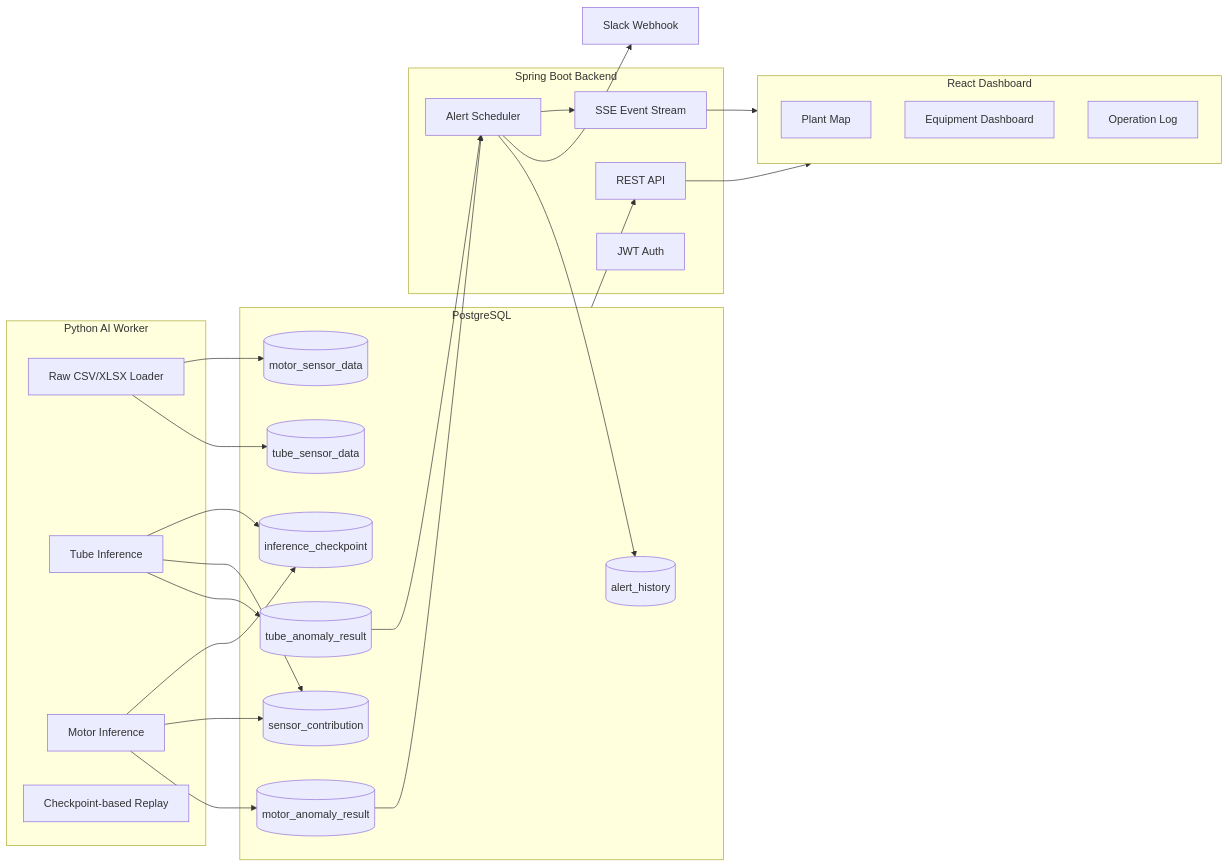
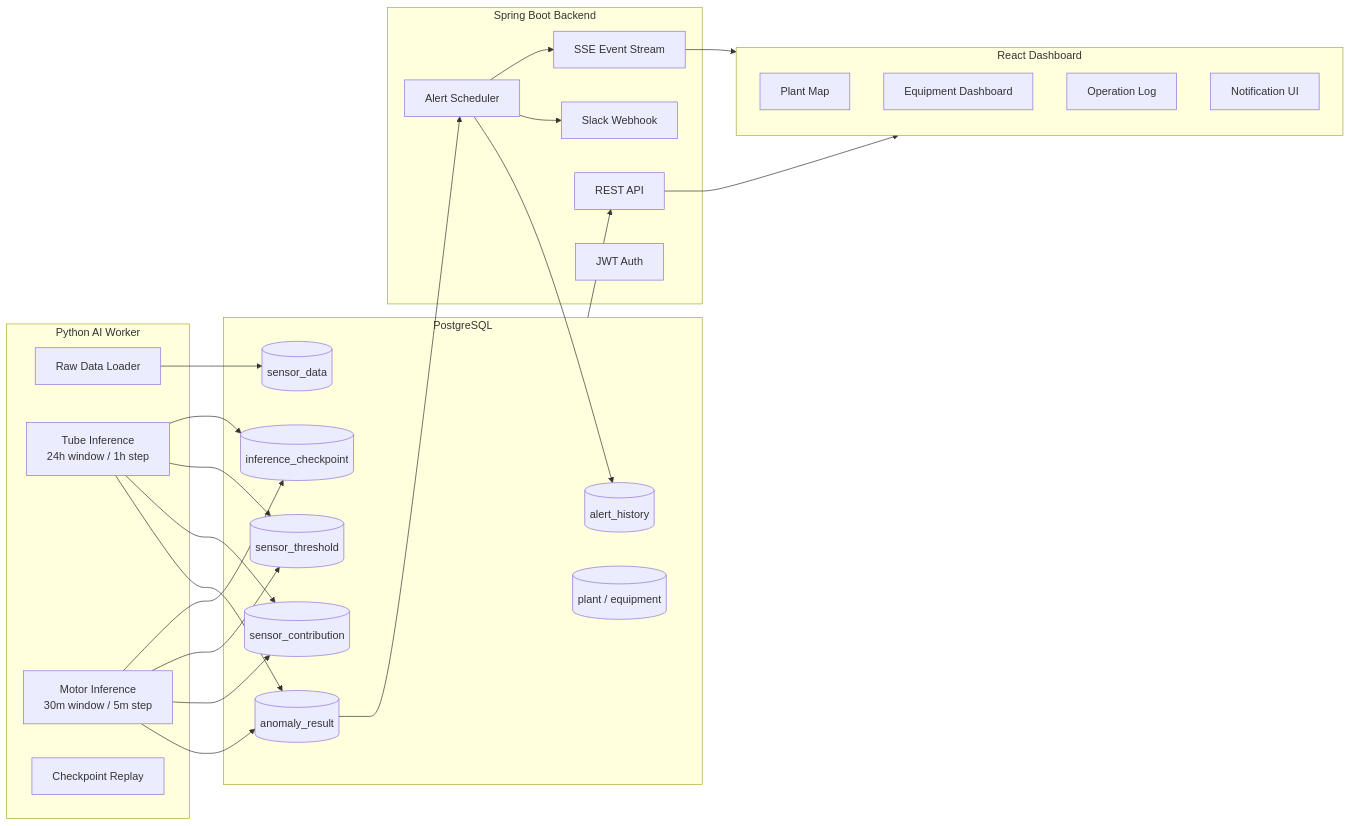
Before and after one commit to sesac-PIM/predictive-maintenance: the first of 2 diagrams in README.md, drawn with Mermaid. The commit also changed other lines of this file and 6 other files, not shown here.

````diff
--- a/README.md
+++ b/README.md
@@ -26,51 +19,51 @@
 ```mermaid
 flowchart LR
     subgraph AI["Python AI Worker"]
-        A1["Raw CSV/XLSX Loader"]
-        A2["Tube Inference"]
-        A3["Motor Inference"]
-        A4["Checkpoint-based Replay"]
+        A1["Raw Data Loader"]
+        A2["Tube Inference<br/>24h window / 1h step"]
+        A3["Motor Inference<br/>30m window / 5m step"]
+        A4["Checkpoint Replay"]
     end
 
     subgraph DB["PostgreSQL"]
-        D1[("tube_sensor_data")]
-        D2[("motor_sensor_data")]
-        D3[("tube_anomaly_result")]
-        D4[("motor_anomaly_result")]
-        D5[("sensor_contribution")]
-        D6[("inference_checkpoint")]
-        D7[("alert_history")]
+        D1[("sensor_data")]
+        D2[("anomaly_result")]
+        D3[("sensor_contribution")]
+        D4[("sensor_threshold")]
+        D5[("inference_checkpoint")]
+        D6[("alert_history")]
+        D7[("plant / equipment")]
     end
 
     subgraph BE["Spring Boot Backend"]
         B1["REST API"]
         B2["Alert Scheduler"]
-        B3["SSE Event Stream"]
-        B4["JWT Auth"]
+        B3["Slack Webhook"]
+        B4["SSE Event Stream"]
+        B5["JWT Auth"]
     end
 
     subgraph FE["React Dashboard"]
         F1["Plant Map"]
         F2["Equipment Dashboard"]
         F3["Operation Log"]
+        F4["Notification UI"]
     end
 
-    S["Slack Webhook"]
-
     A1 --> D1
-    A1 --> D2
+    A2 --> D2
     A2 --> D3
+    A2 --> D4
     A2 --> D5
-    A2 --> D6
+    A3 --> D2
+    A3 --> D3
     A3 --> D4
     A3 --> D5
-    A3 --> D6
-    D3 --> B2
-    D4 --> B2
-    B2 --> D7
-    B2 --> S
+    DB --> B1
+    D2 --> B2
+    B2 --> D6
     B2 --> B3
-    DB --> B1
+    B2 --> B4
     B1 --> FE
-    B3 --> FE
+    B4 --> FE
 ```
````
